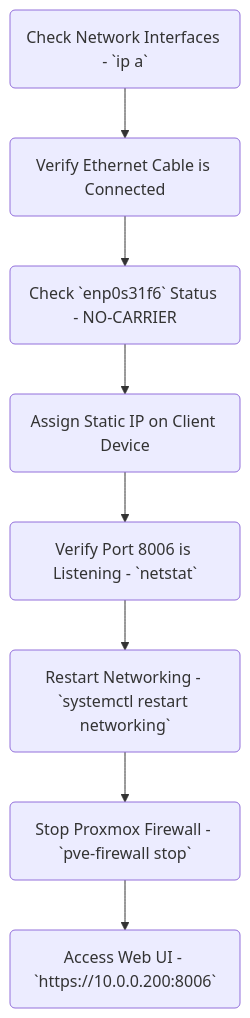
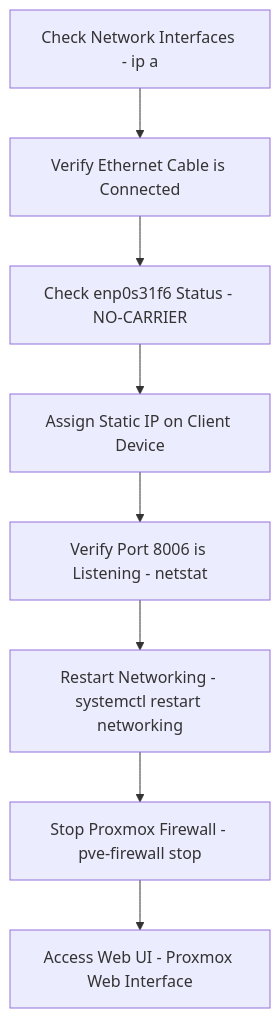
Before and after one commit to ccook451/Ultimate-SEAR-Security-Lab: the second of 5 diagrams in docs/Proxmox_Setup.md, drawn with Mermaid. The commit also changed other lines of this file, not shown here.

````diff
--- a/docs/Proxmox_Setup.md
+++ b/docs/Proxmox_Setup.md
@@ -42,10 +43,10 @@
 ```mermaid
 graph TD;
-    A(Check Network Interfaces - `ip a`) --> B(Verify Ethernet Cable is Connected);
-    B --> C(Check `enp0s31f6` Status - NO-CARRIER);
-    C --> D(Assign Static IP on Client Device);
-    D --> E(Verify Port 8006 is Listening - `netstat`);
-    E --> F(Restart Networking - `systemctl restart networking`);
-    F --> G(Stop Proxmox Firewall - `pve-firewall stop`);
-    G --> H(Access Web UI - `https://10.0.0.200:8006`);
+    A[Check Network Interfaces - ip a] --> B[Verify Ethernet Cable is Connected];
+    B --> C[Check enp0s31f6 Status - NO-CARRIER];
+    C --> D[Assign Static IP on Client Device];
+    D --> E[Verify Port 8006 is Listening - netstat];
+    E --> F[Restart Networking - systemctl restart networking];
+    F --> G[Stop Proxmox Firewall - pve-firewall stop];
+    G --> H[Access Web UI - Proxmox Web Interface];
 ```
````
